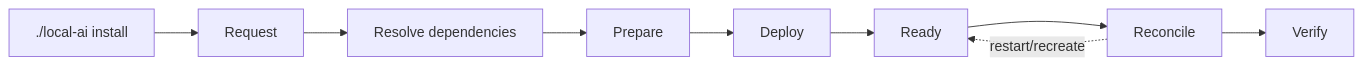
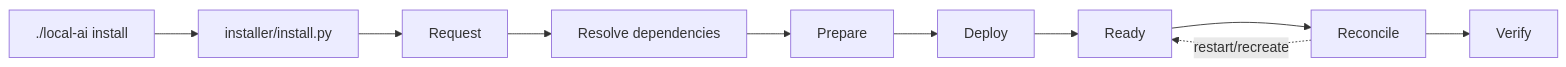
Before and after one commit to ea1het/local_hybrid_ai: the diagram in installer/README.md, drawn with Mermaid. The commit also changed other lines of this file, not shown here.

Commit message:
Document installer engine as internal namespaced implementation

````diff
--- a/installer/README.md
+++ b/installer/README.md
@@ -7,6 +7,7 @@
 ```mermaid
 flowchart LR
-    CLI[./local-ai install] --> Request --> Resolve[Resolve dependencies]
+    CLI[./local-ai install] --> Engine[installer/install.py]
+    Engine --> Request --> Resolve[Resolve dependencies]
     Resolve --> Prepare --> Deploy --> Ready --> Reconcile --> Verify
     Reconcile -. restart/recreate .-> Ready
 ```
````
